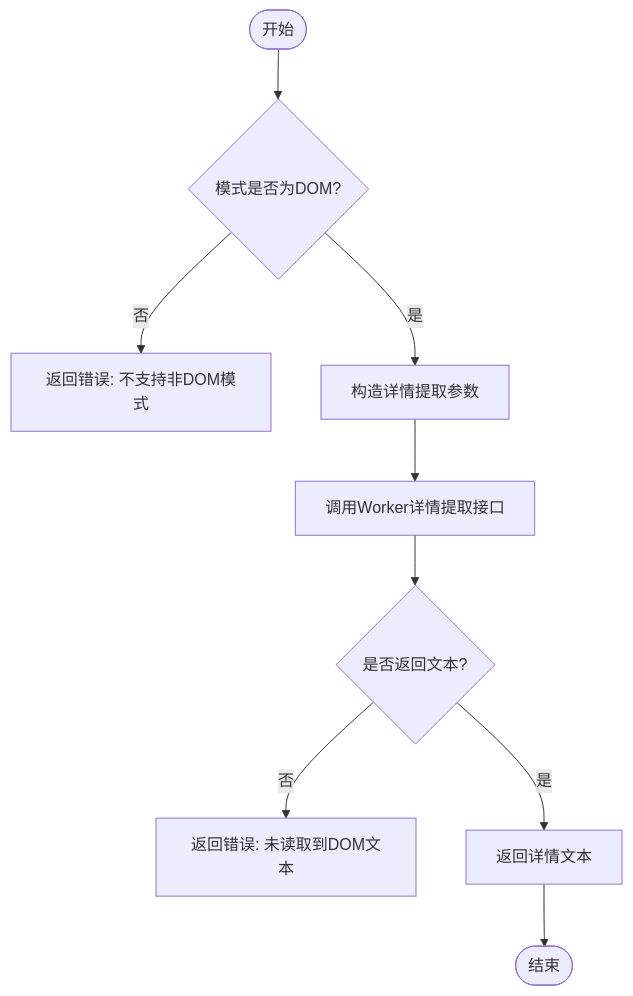
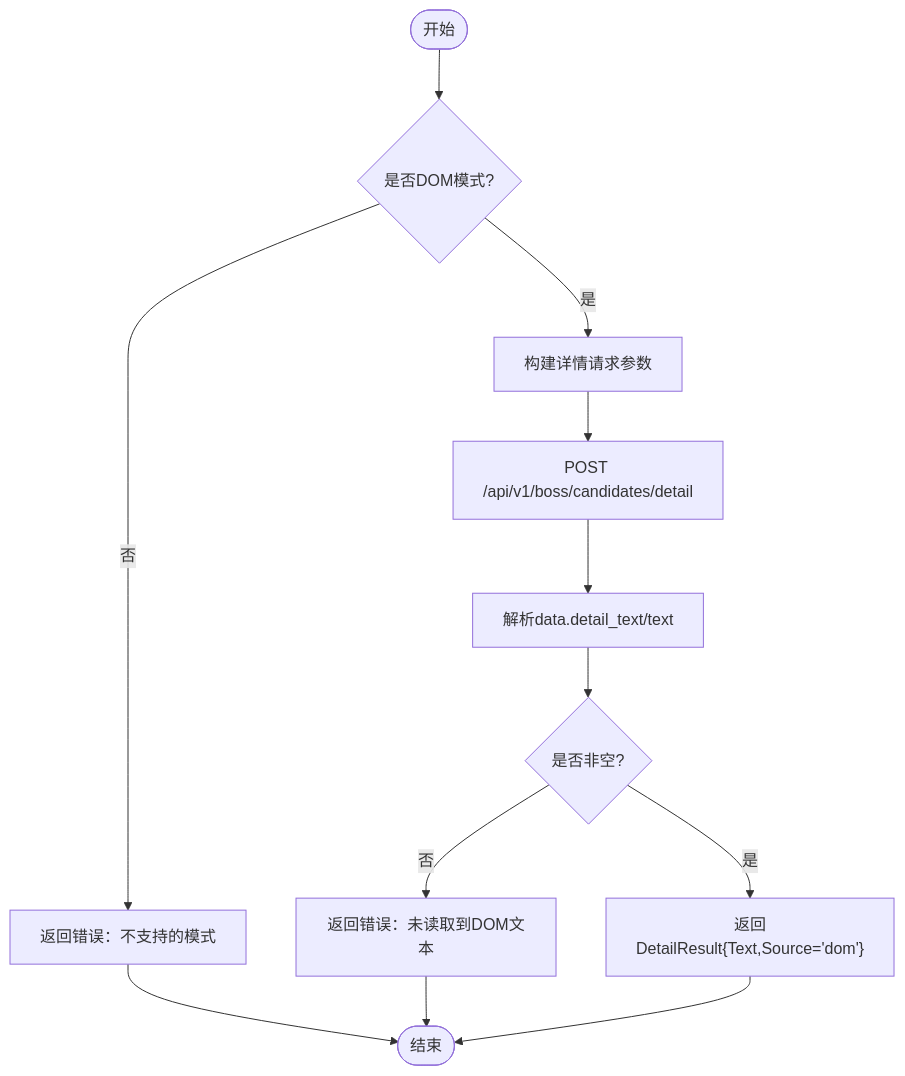
One commit to alvinwangzi/goodhr changed the third of 6 diagrams in .qoder/repowiki/zh/content/本地执行器/平台适配器/智联招聘适配器/详情页面处理.md. Above: the diagram before and after it, drawn with Mermaid. The commit also changed other lines of this file and 149 other files, not shown here.

````diff
--- a/.qoder/repowiki/zh/content/本地执行器/平台适配器/智联招聘适配器/详情页面处理.md
+++ b/.qoder/repowiki/zh/content/本地执行器/平台适配器/智联招聘适配器/详情页面处理.md
@@ -130,11 +128,14 @@
 ```mermaid
 flowchart TD
-Start(["开始"]) --> CheckMode{"模式是否为DOM?"}
-CheckMode --> |否| Err["返回错误: 不支持非DOM模式"]
-CheckMode --> |是| Build["构造详情提取参数"]
-Build --> CallWorker["调用Worker详情提取接口"]
-CallWorker --> Parse{"是否返回文本?"}
-Parse --> |否| ErrText["返回错误: 未读取到DOM文本"]
-Parse --> |是| ReturnOK["返回详情文本"]
-ReturnOK --> End(["结束"])
+Start(["开始"]) --> ModeCheck{"是否DOM模式?"}
+ModeCheck --> |否| ErrMode["返回错误：不支持的模式"]
+ModeCheck --> |是| BuildPayload["构建详情请求参数"]
+BuildPayload --> CallWorker["POST /api/v1/boss/candidates/detail"]
+CallWorker --> ParseData["解析data.detail_text/text"]
+ParseData --> HasText{"是否非空?"}
+HasText --> |否| ErrEmpty["返回错误：未读取到DOM文本"]
+HasText --> |是| ReturnOK["返回DetailResult{Text,Source='dom'}"]
+ErrMode --> End(["结束"])
+ErrEmpty --> End
+ReturnOK --> End
 ```
````
